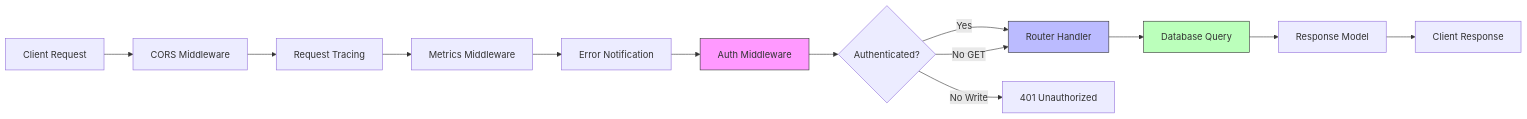
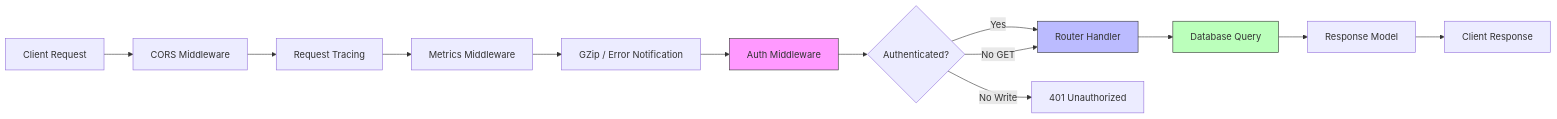
Before and after one commit to osintukraine/osint-platform-docs: the first of 2 diagrams in docs/developer-guide/services/api.md, drawn with Mermaid. The commit also changed other lines of this file and 74 other files, not shown here.

````diff
--- a/docs/developer-guide/services/api.md
+++ b/docs/developer-guide/services/api.md
@@ -98,19 +110,19 @@
 ```mermaid
 graph LR
     A[Client Request] --> B[CORS Middleware]
     B --> C[Request Tracing]
     C --> D[Metrics Middleware]
-    D --> E[Error Notification]
+    D --> E[GZip / Error Notification]
     E --> F[Auth Middleware]
     F --> G{Authenticated?}
     G -->|Yes| H[Router Handler]
     G -->|No GET| H
     G -->|No Write| I[401 Unauthorized]
     H --> J[Database Query]
     J --> K[Response Model]
     K --> L[Client Response]
 
     style F fill:#f9f,stroke:#333
     style H fill:#bbf,stroke:#333
     style J fill:#bfb,stroke:#333
 ```
````
